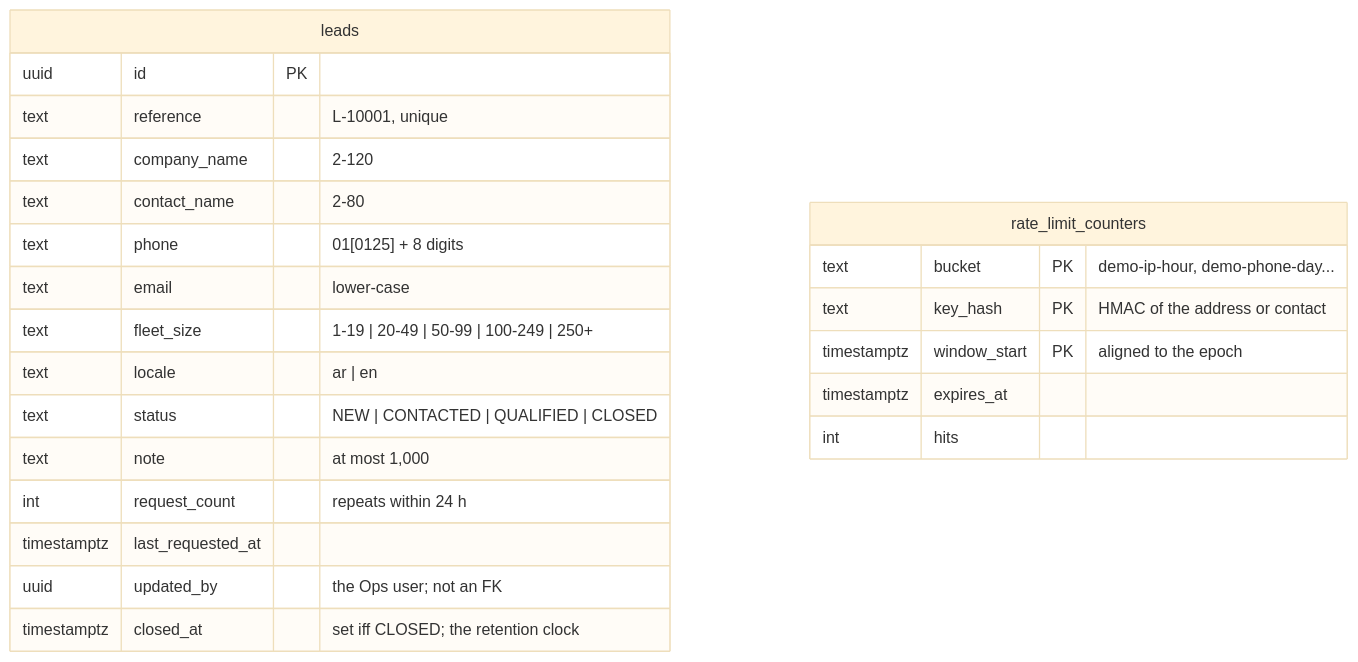
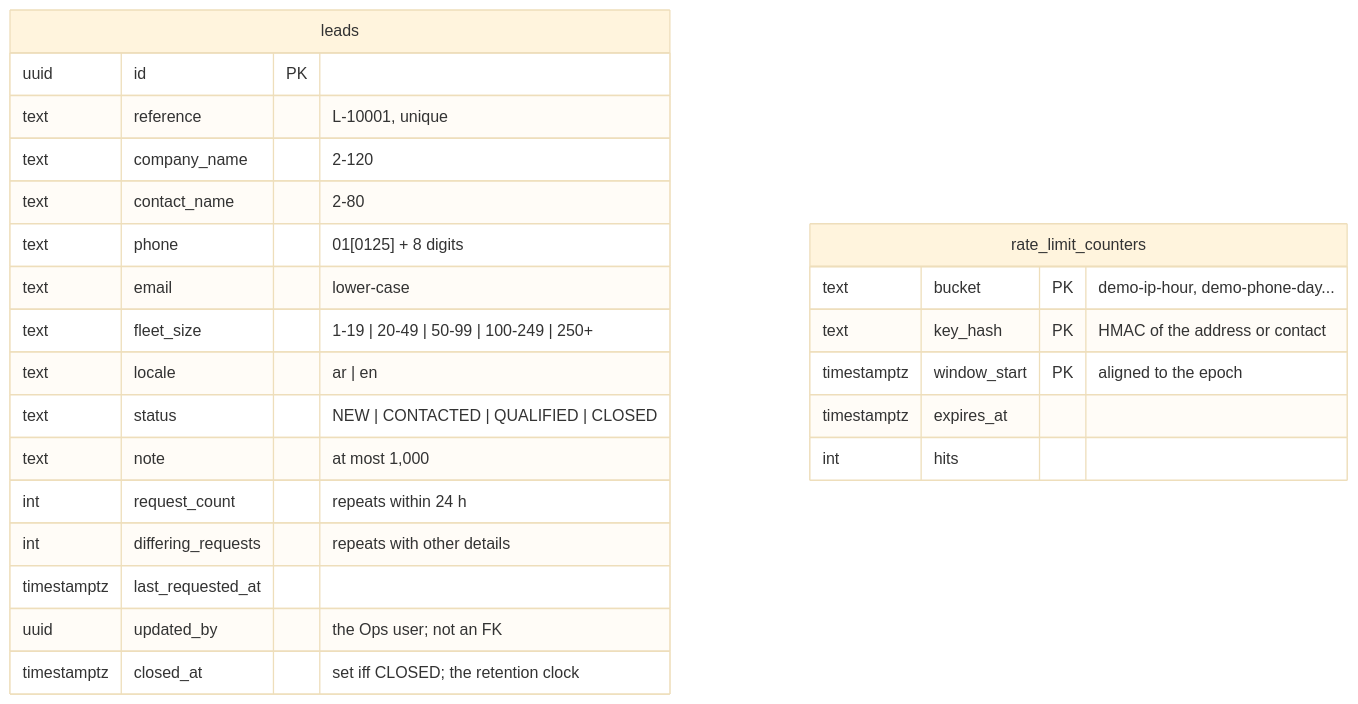
One commit to ahmed2003-code-py/zood changed diagram 12 of 12 in docs/architecture/database-erd.md. Above: the diagram before and after it, drawn with Mermaid (base theme). The commit also changed other lines of this file and 17 other files, not shown here.

````diff
--- a/docs/architecture/database-erd.md
+++ b/docs/architecture/database-erd.md
@@ -821,26 +821,27 @@
 ```mermaid
 erDiagram
     leads {
         uuid id PK
         text reference "L-10001, unique"
         text company_name "2-120"
         text contact_name "2-80"
         text phone "01[0125] + 8 digits"
         text email "lower-case"
         text fleet_size "1-19 | 20-49 | 50-99 | 100-249 | 250+"
         text locale "ar | en"
         text status "NEW | CONTACTED | QUALIFIED | CLOSED"
         text note "at most 1,000"
         int request_count "repeats within 24 h"
+        int differing_requests "repeats with other details"
         timestamptz last_requested_at
         uuid updated_by "the Ops user; not an FK"
         timestamptz closed_at "set iff CLOSED; the retention clock"
     }
     rate_limit_counters {
         text bucket PK "demo-ip-hour, demo-phone-day..."
         text key_hash PK "HMAC of the address or contact"
         timestamptz window_start PK "aligned to the epoch"
         timestamptz expires_at
         int hits
     }
 ```
````
